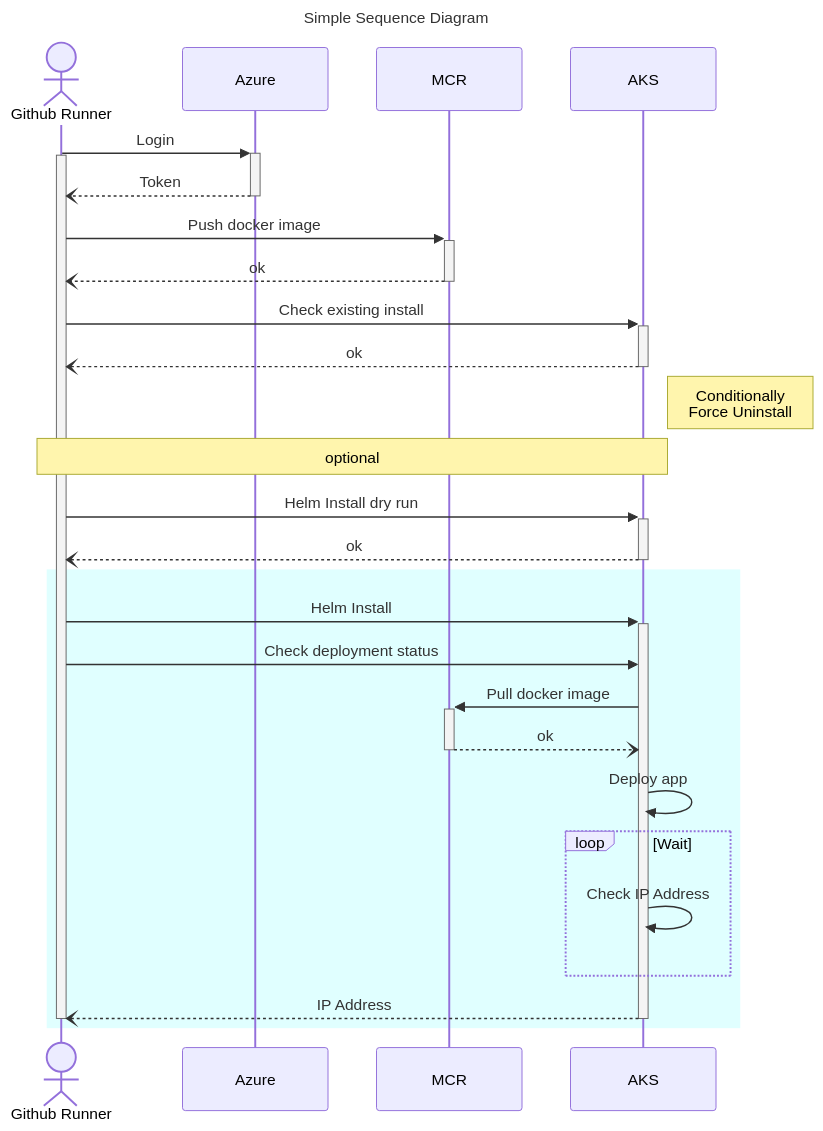
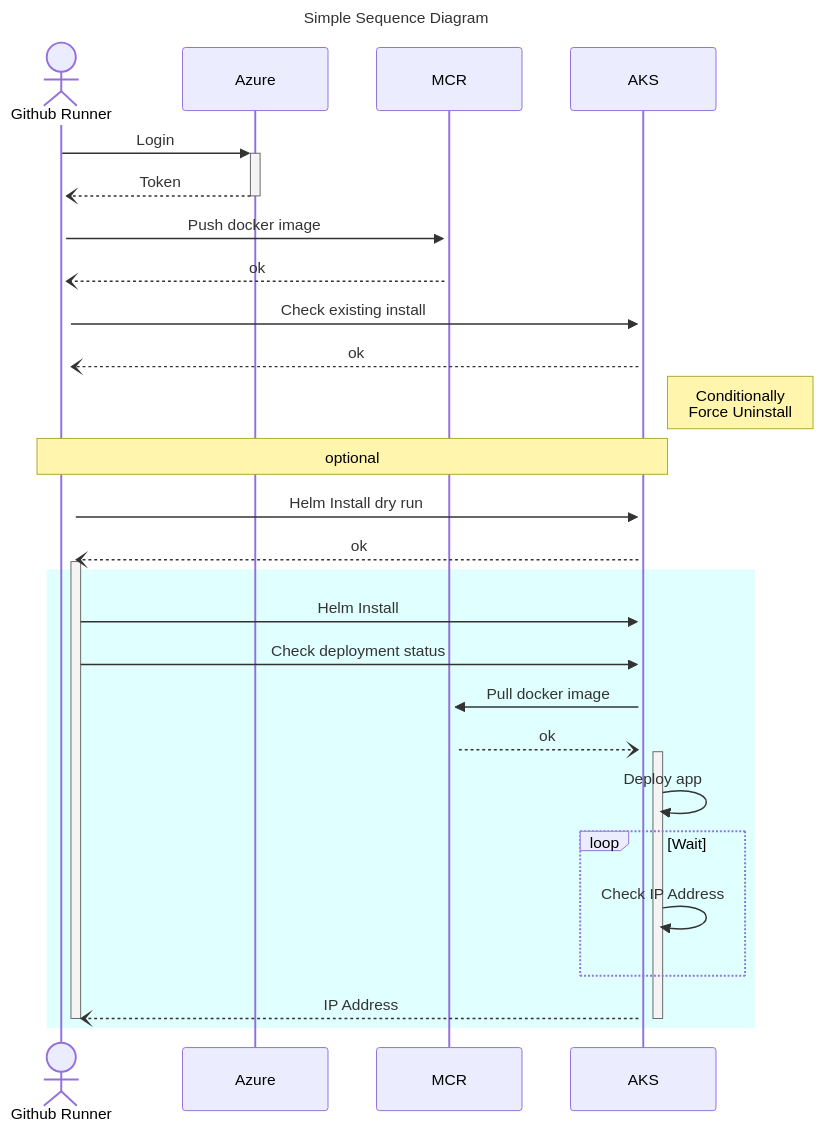
The diagram in examples/outputs/sequence_diagram.mmd (cuongnb14/mermaid-builder), drawn with Mermaid before and after one commit. The commit also changed 2 other files, not shown here.

```diff
--- a/examples/outputs/sequence_diagram.mmd
+++ b/examples/outputs/sequence_diagram.mmd
@@ -1,32 +1,32 @@
 ---
 title: Simple Sequence Diagram
 ---
 %%{init: {"theme": "light", "themeVariables": {"fontFamily": "Monospace"}}}%%
 sequenceDiagram
     actor Github Runner
     participant Azure
     participant MCR
     participant AKS
     Github Runner->>+Azure:Login
     activate Github Runner
     Azure--)-Github Runner:Token
     Github Runner->>+MCR:Push docker image
-    MCR--)-Github Runner:ok
+    MCR--)+Github Runner:ok
     Github Runner->>+AKS:Check existing install
-    AKS--)-Github Runner:ok
+    AKS--)+Github Runner:ok
     Note right of AKS: Conditionally<br/>Force Uninstall
     Note over Github Runner, AKS: optional
     Github Runner->>+AKS:Helm Install dry run
-    AKS--)-Github Runner:ok
+    AKS--)+Github Runner:ok
     rect rgb(224, 255, 255)
         Github Runner->>+AKS:Helm Install
         Github Runner->>AKS:Check deployment status
         AKS->>+MCR:Pull docker image
-        MCR--)-AKS:ok
+        MCR--)+AKS:ok
         AKS->>AKS:Deploy app
         loop Wait
             AKS->>AKS:Check IP Address
         end
         AKS--)-Github Runner:IP Address
         deactivate Github Runner
     end
```
